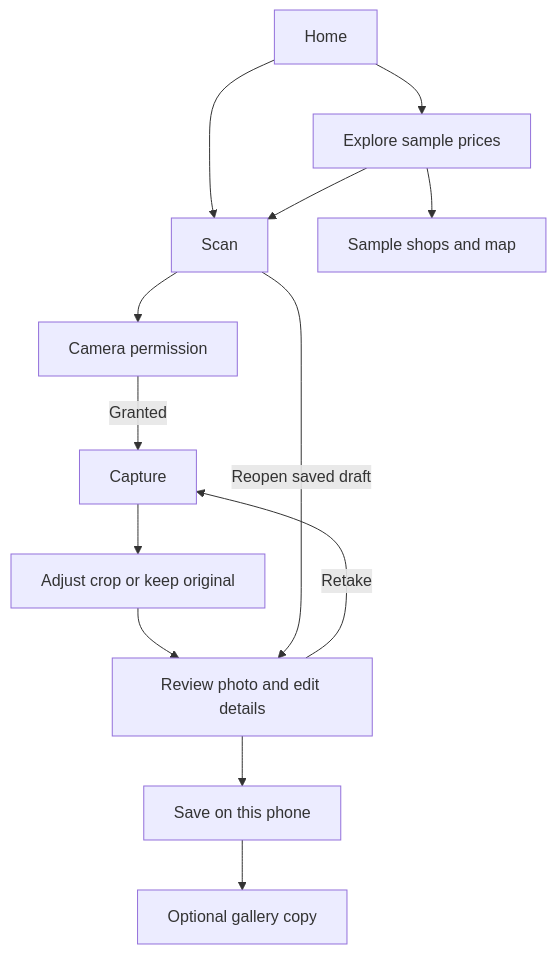
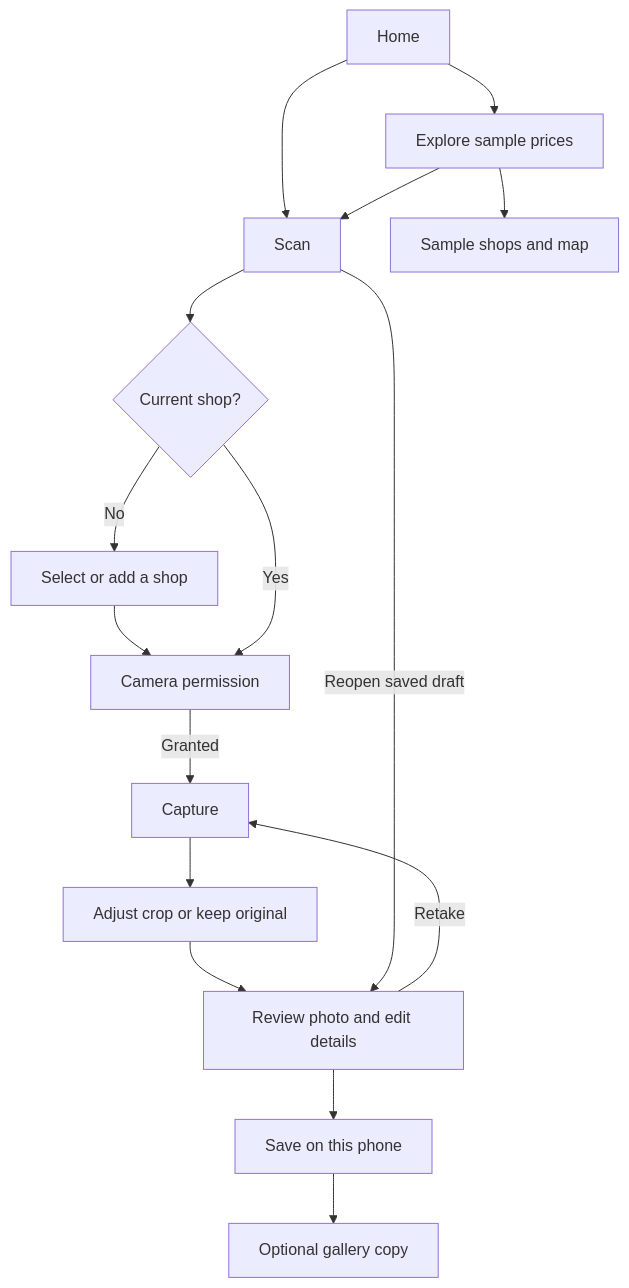
The diagram in docs/app-map.md (Maratatasan/cheapo-app), drawn with Mermaid before and after one commit. The commit also changed other lines of this file and 13 other files, not shown here.

Commit message:
Use the current shop throughout scan and local photo review

````diff
--- a/docs/app-map.md
+++ b/docs/app-map.md
@@ -7,15 +8,18 @@
 ```mermaid
 flowchart TD
     Home --> Scan
-    Scan --> Permission["Camera permission"]
+    Scan --> CurrentShop{"Current shop?"}
+    CurrentShop -->|No| ChooseShop["Select or add a shop"]
+    ChooseShop --> Permission["Camera permission"]
+    CurrentShop -->|Yes| Permission
     Permission -->|Granted| Capture
     Capture --> Crop["Adjust crop or keep original"]
     Crop --> Review["Review photo and edit details"]
     Review -->|Retake| Capture
     Review --> Save["Save on this phone"]
     Save --> Gallery["Optional gallery copy"]
     Scan -->|Reopen saved draft| Review
     Home --> Results["Explore sample prices"]
     Results --> Shops["Sample shops and map"]
     Results --> Scan
 ```
````
